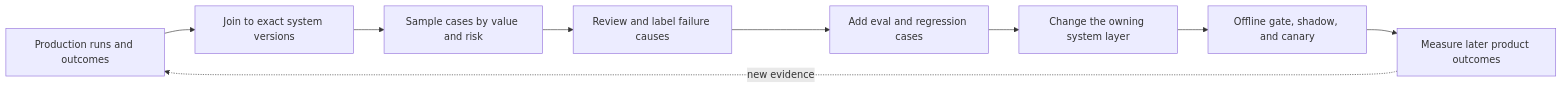
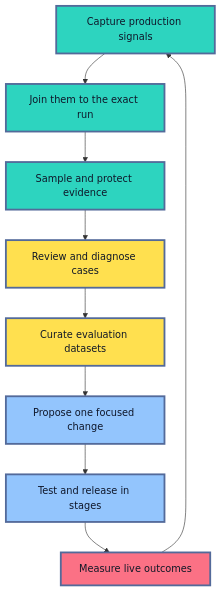
The first of 7 diagrams in roadmaps/mlops/modules/llmops/adaptation-and-feedback/02-production-feedback-and-eval-flywheel.md (senlinyy/dev-roadmaps), drawn with Mermaid before and after one commit. The commit also changed other lines of this file and 198 other files, not shown here.

````diff
--- a/roadmaps/mlops/modules/llmops/adaptation-and-feedback/02-production-feedback-and-eval-flywheel.md
+++ b/roadmaps/mlops/modules/llmops/adaptation-and-feedback/02-production-feedback-and-eval-flywheel.md
@@ -23,11 +40,20 @@
 ```mermaid
-flowchart LR
-    A[Production runs and outcomes] --> B[Join to exact system versions]
-    B --> C[Sample cases by value and risk]
-    C --> D[Review and label failure causes]
-    D --> E[Add eval and regression cases]
-    E --> F[Change the owning system layer]
-    F --> G[Offline gate, shadow, and canary]
-    G --> H[Measure later product outcomes]
-    H -. new evidence .-> A
+flowchart TD
+    A["Capture production signals"] --> B["Join them to the exact run"]
+    B --> C["Sample and protect evidence"]
+    C --> D["Review and diagnose cases"]
+    D --> E["Curate evaluation datasets"]
+    E --> F["Propose one focused change"]
+    F --> G["Test and release in stages"]
+    G --> H["Measure live outcomes"]
+    H --> A
+
+    classDef evidence fill:#2DD4BF,stroke:#536A9A,stroke-width:3px,color:#0F172A
+    classDef judgment fill:#FFE04F,stroke:#536A9A,stroke-width:3px,color:#111827
+    classDef change fill:#93C5FD,stroke:#536A9A,stroke-width:3px,color:#0F172A
+    classDef result fill:#FB7185,stroke:#536A9A,stroke-width:3px,color:#111827
+    class A,B,C evidence
+    class D,E judgment
+    class F,G change
+    class H result
 ```
````
